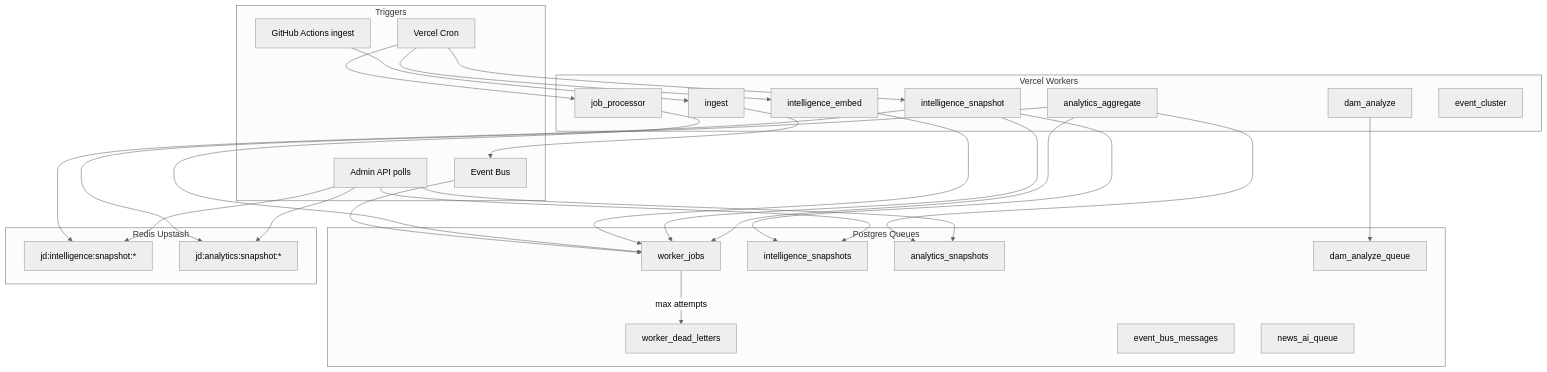
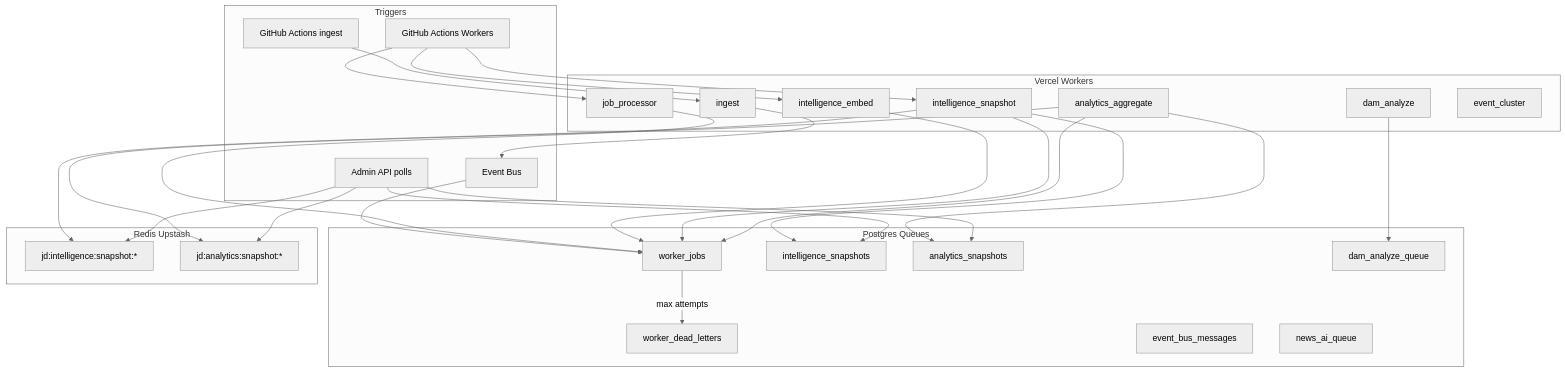
Before and after one commit to Jack160699/jandarpan-ai-news-system: the diagram in docs/WORKER_ARCHITECTURE.md, drawn with Mermaid (neutral theme). The commit also changed other lines of this file and 20 other files, not shown here.

Commit message:
Finalize GitHub Actions worker migration and hobby-safe enterprise architecture

````diff
--- a/docs/WORKER_ARCHITECTURE.md
+++ b/docs/WORKER_ARCHITECTURE.md
@@ -19,59 +19,59 @@
 ```mermaid
 flowchart TB
   subgraph triggers [Triggers]
     GH[GitHub Actions ingest]
-    VC[Vercel Cron]
+    GHW[GitHub Actions Workers]
     API[Admin API polls]
     EVT[Event Bus]
   end
 
   subgraph queues [Postgres Queues]
     WJ[worker_jobs]
     DLQ[worker_dead_letters]
     EB[event_bus_messages]
     IS[intelligence_snapshots]
     AS[analytics_snapshots]
     DAQ[dam_analyze_queue]
     NAQ[news_ai_queue]
   end
 
   subgraph cache [Redis Upstash]
     R1[jd:intelligence:snapshot:*]
     R2[jd:analytics:snapshot:*]
   end
 
   subgraph workers [Vercel Workers]
     ING[ingest]
     JP[job_processor]
     EMB[intelligence_embed]
     SNAP[intelligence_snapshot]
     ANA[analytics_aggregate]
     DAM[dam_analyze]
     CLU[event_cluster]
   end
 
   GH --> ING
   ING --> EVT
   EVT --> WJ
-  VC --> JP
-  VC --> EMB
-  VC --> SNAP
+  GHW --> JP
+  GHW --> EMB
+  GHW --> SNAP
 
   JP --> WJ
   EMB --> WJ
   SNAP --> WJ
   ANA --> WJ
   DAM --> DAQ
 
   SNAP --> IS
   SNAP --> R1
   ANA --> AS
   ANA --> R2
 
   API --> R1
   API --> IS
   API --> R2
   API --> AS
 
   WJ -->|max attempts| DLQ
 ```
````
